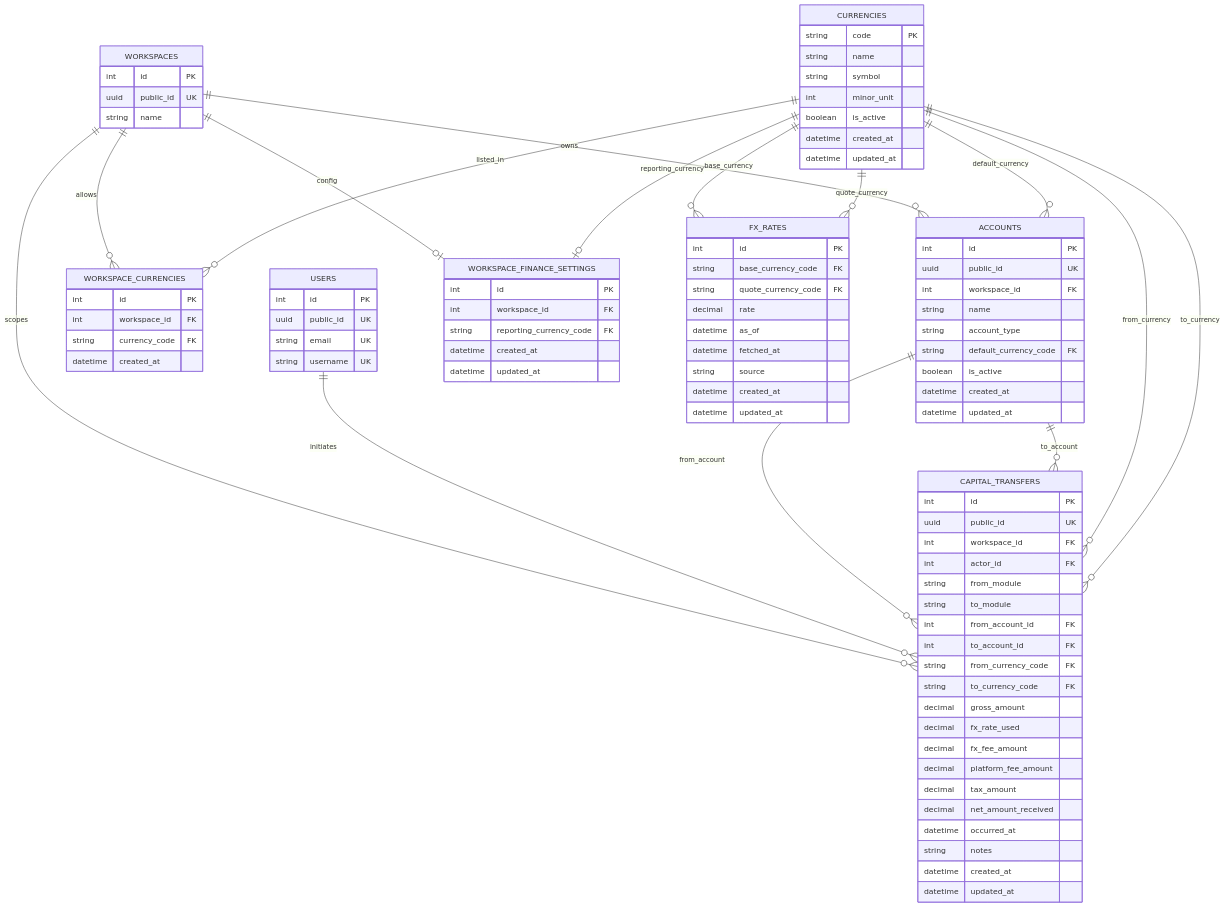
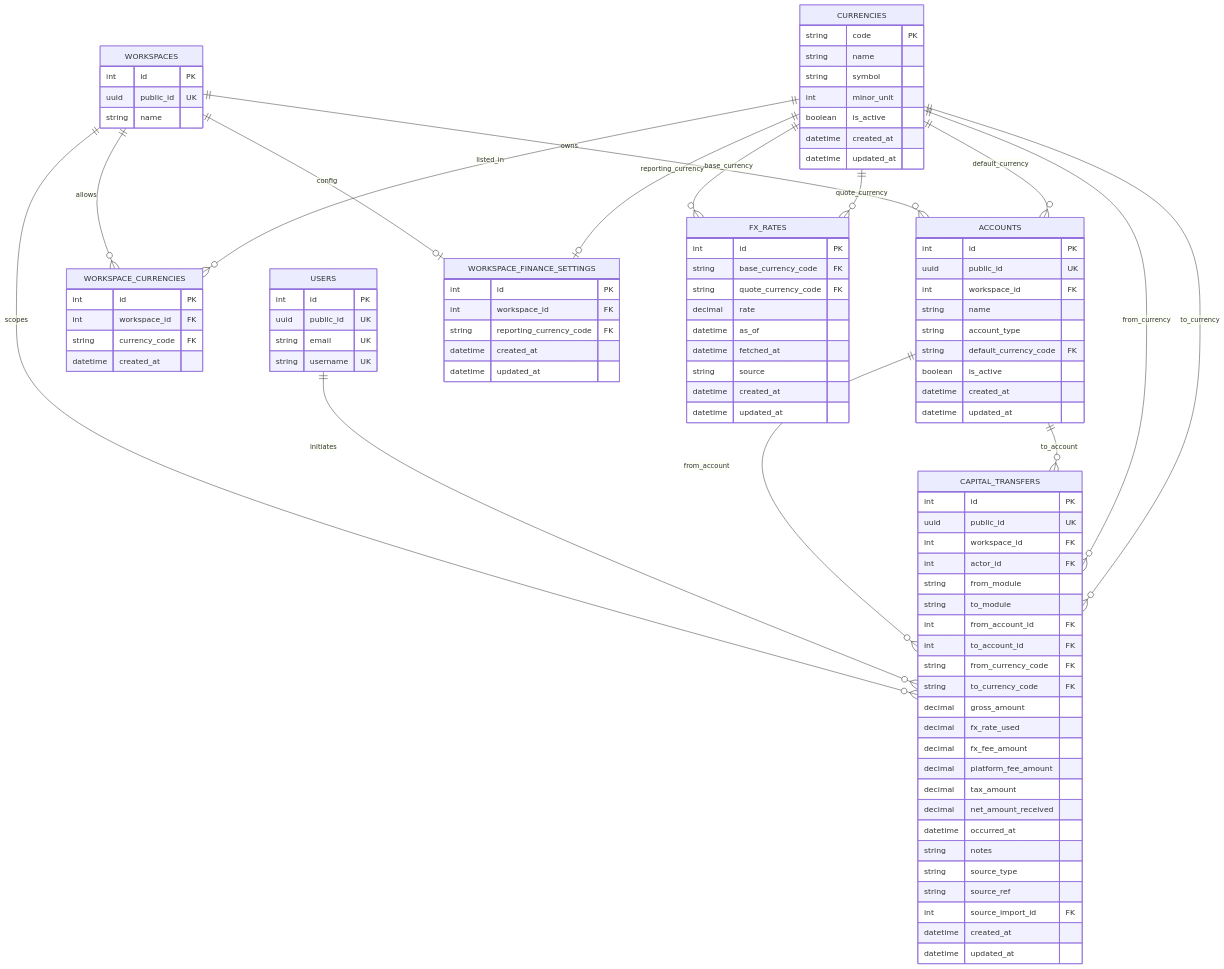
One commit to sajankp/lifestack-api changed the fifth of 7 diagrams in docs/ERD.md. Above: the diagram before and after it, drawn with Mermaid. The commit also changed other lines of this file and 2 other files, not shown here.

Commit message:
docs: update ARCHITECTURE.md, ERD.md schemas, and add JOBS.md scheduled jobs documentation

```diff
--- a/docs/ERD.md
+++ b/docs/ERD.md
@@ -265,6 +292,9 @@
         decimal net_amount_received
         datetime occurred_at
         string notes
+        string source_type
+        string source_ref
+        int source_import_id FK
         datetime created_at
         datetime updated_at
     }
```
